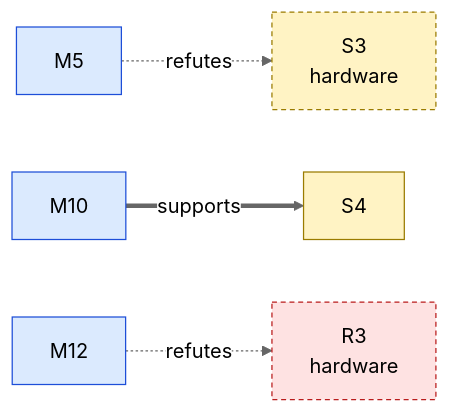
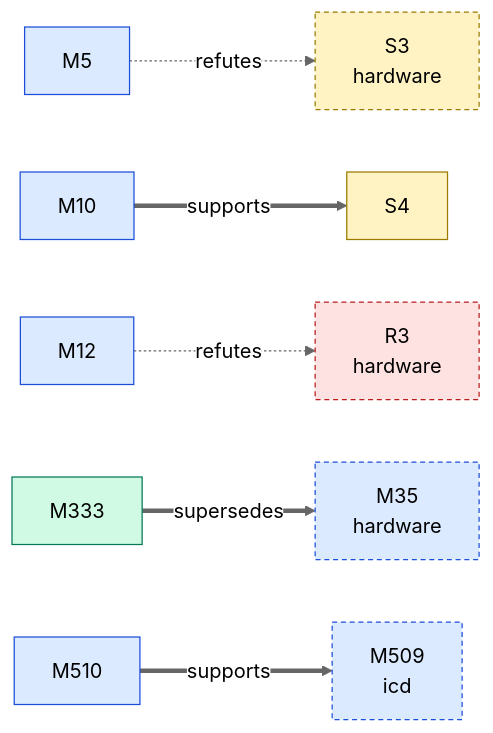
Before and after one commit to D-Ogi/amdgpu-wddm: the first of 2 diagrams in docs/facts/graphs/linux.md, drawn with Mermaid (neutral theme). The commit also changed other lines of this file and 27 other files, not shown here.

````diff
--- a/docs/facts/graphs/linux.md
+++ b/docs/facts/graphs/linux.md
@@ -11,18 +11,24 @@
 ```mermaid
 flowchart LR
   M5["M5"]:::MEASURED
   M10["M10"]:::MEASURED
   M12["M12"]:::MEASURED
+  M35["M35<br/>hardware"]:::MEASURED
+  M333["M333"]:::CONFIRMED
+  M509["M509<br/>icd"]:::MEASURED
+  M510["M510"]:::MEASURED
   S3["S3<br/>hardware"]:::HYPOTHESIS
   S4["S4"]:::HYPOTHESIS
   R3["R3<br/>hardware"]:::REFUTED
   M5 -.->|refutes| S3
   M10 ==>|supports| S4
   M12 -.->|refutes| R3
+  M333 ==>|supersedes| M35
+  M510 ==>|supports| M509
   classDef HYPOTHESIS fill:#fff3c4,stroke:#9a7b00,color:#000
   classDef MEASURED fill:#dbeafe,stroke:#1d4ed8,color:#000
   classDef CONFIRMED fill:#d1fae5,stroke:#047857,color:#000
   classDef REFUTED fill:#fee2e2,stroke:#b91c1c,color:#000
   classDef other stroke-dasharray:4 3
-  class S3,R3 other
+  class M35,M509,S3,R3 other
 ```
````
